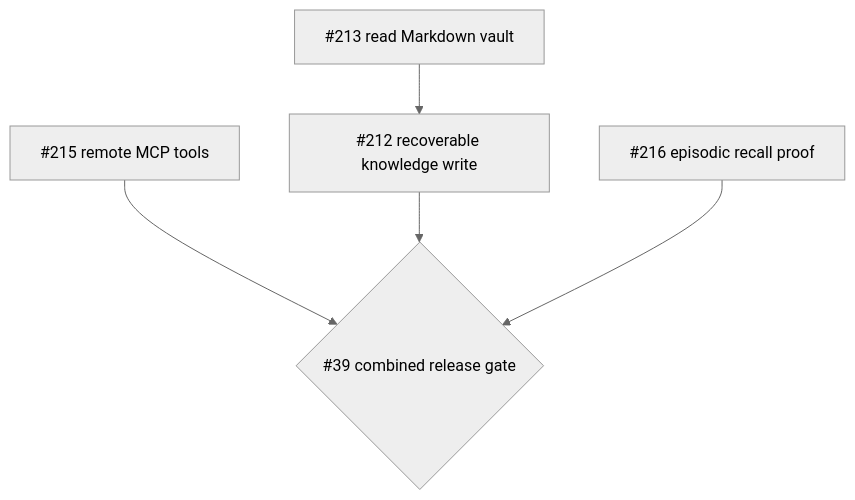
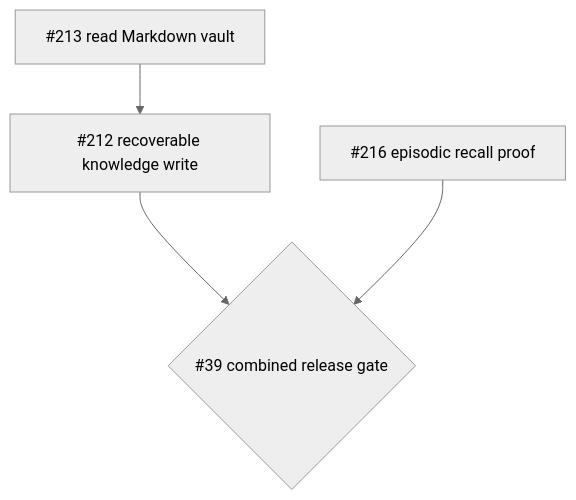
The diagram in ROADMAP.md (leon0399/llame), drawn with Mermaid (neutral theme) before and after one commit. The commit also changed other lines of this file and 32 other files, not shown here.

Commit message:
feat(api): enable operator MCP tools

````diff
--- a/ROADMAP.md
+++ b/ROADMAP.md
@@ -35,9 +20,9 @@
 ```mermaid
 flowchart TD
     K0["#213 read Markdown vault"] --> K1["#212 recoverable knowledge write"]
     E0["#216 episodic recall proof"]
+    Gate{"#39 combined release gate"}
 
-    T1["#215 remote MCP tools"] --> Gate{"#39 combined release gate"}
     K1 --> Gate
     E0 --> Gate
 ```
````
